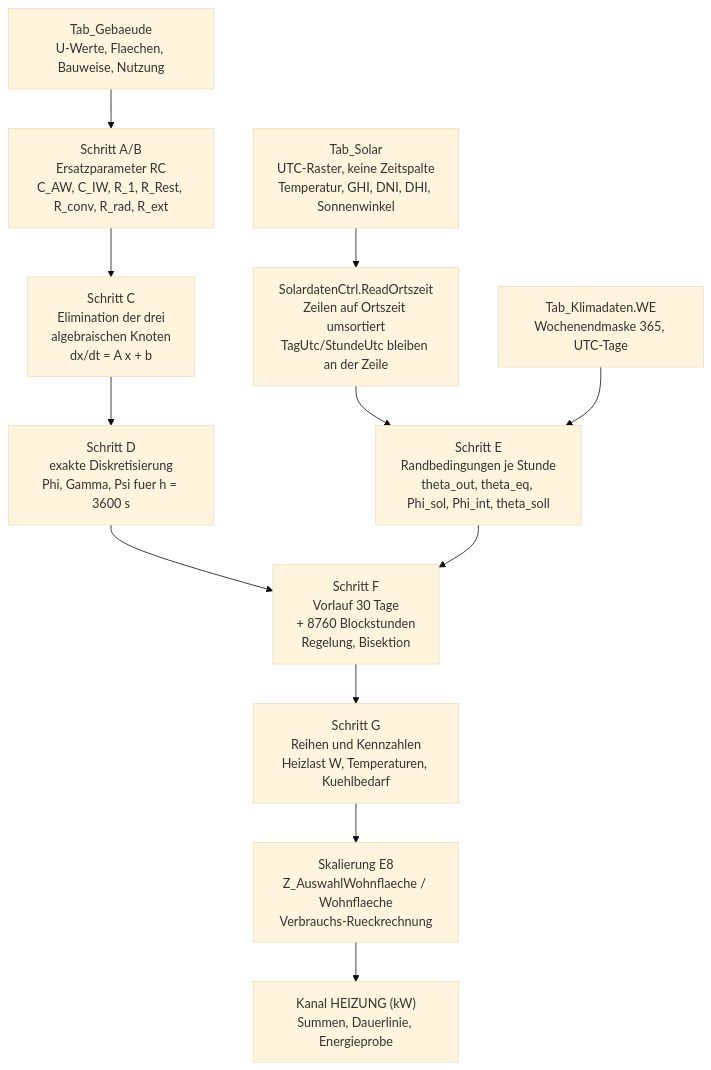
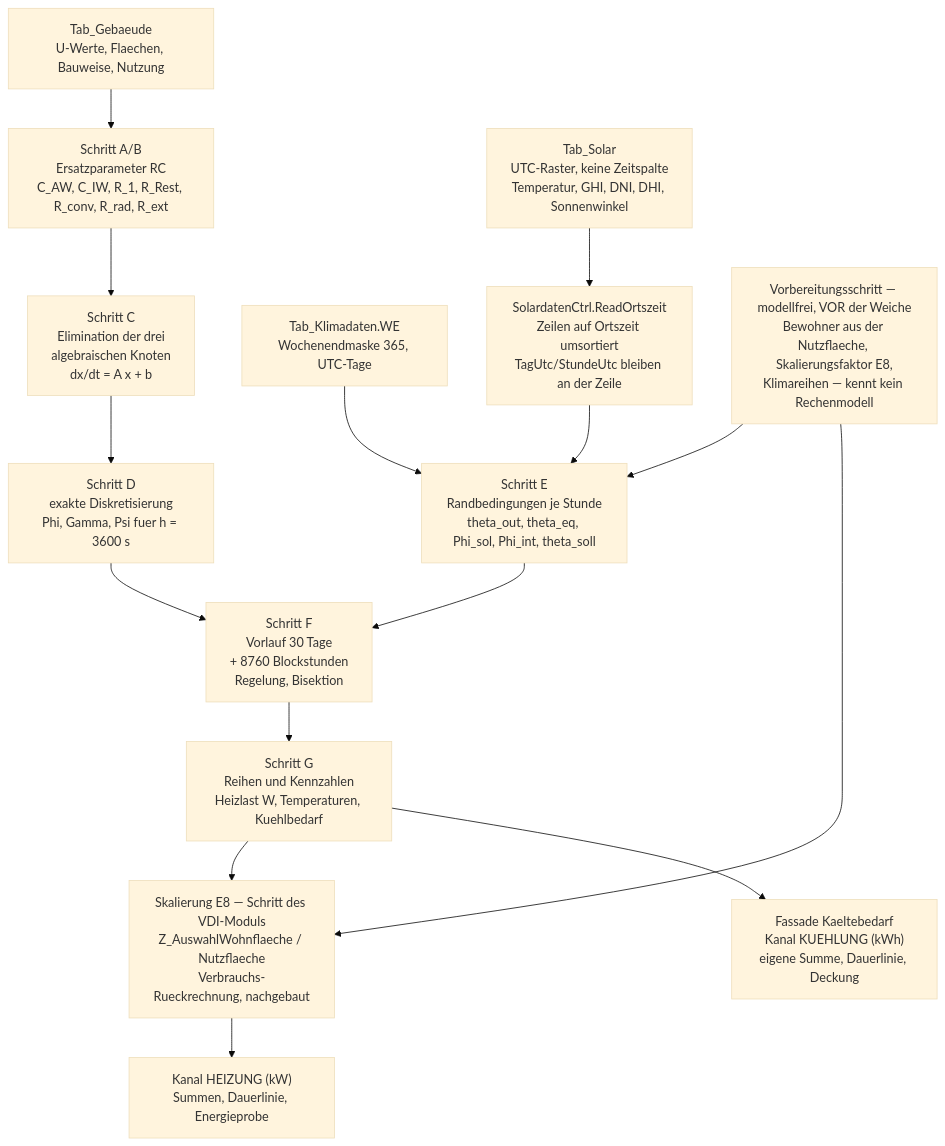
One commit to inekon/EPOS-Plan changed the first of 2 diagrams in Dokumentation/aktuell/Rechenschritte_Gebaeudesimulation_VDI6007_EPOS-Plan.md. Above: the diagram before and after it, drawn with Mermaid (base theme). The commit also changed other lines of this file and 13 other files, not shown here.

````diff
--- a/Dokumentation/aktuell/Rechenschritte_Gebaeudesimulation_VDI6007_EPOS-Plan.md
+++ b/Dokumentation/aktuell/Rechenschritte_Gebaeudesimulation_VDI6007_EPOS-Plan.md
@@ -70,14 +84,17 @@
 ```mermaid
 flowchart TD
     E1["Tab_Gebaeude<br/>U-Werte, Flaechen, Bauweise, Nutzung"] --> A["Schritt A/B<br/>Ersatzparameter RC<br/>C_AW, C_IW, R_1, R_Rest, R_conv, R_rad, R_ext"]
     E2["Tab_Solar<br/>UTC-Raster, keine Zeitspalte<br/>Temperatur, GHI, DNI, DHI, Sonnenwinkel"] --> Z["SolardatenCtrl.ReadOrtszeit<br/>Zeilen auf Ortszeit umsortiert<br/>TagUtc/StundeUtc bleiben an der Zeile"]
     Z --> E["Schritt E<br/>Randbedingungen je Stunde<br/>theta_out, theta_eq, Phi_sol, Phi_int, theta_soll"]
     E3["Tab_Klimadaten.WE<br/>Wochenendmaske 365, UTC-Tage"] --> E
     A --> C["Schritt C<br/>Elimination der drei<br/>algebraischen Knoten<br/>dx/dt = A x + b"]
     C --> D["Schritt D<br/>exakte Diskretisierung<br/>Phi, Gamma, Psi fuer h = 3600 s"]
     D --> F["Schritt F<br/>Vorlauf 30 Tage<br/>+ 8760 Blockstunden<br/>Regelung, Bisektion"]
     E --> F
+    V["Vorbereitungsschritt — modellfrei, VOR der Weiche<br/>Bewohner aus der Nutzflaeche, Skalierungsfaktor E8,<br/>Klimareihen — kennt kein Rechenmodell"] --> E
+    V --> S
     F --> G["Schritt G<br/>Reihen und Kennzahlen<br/>Heizlast W, Temperaturen, Kuehlbedarf"]
-    G --> S["Skalierung E8<br/>Z_AuswahlWohnflaeche / Wohnflaeche<br/>Verbrauchs-Rueckrechnung"]
+    G --> S["Skalierung E8 — Schritt des VDI-Moduls<br/>Z_AuswahlWohnflaeche / Nutzflaeche<br/>Verbrauchs-Rueckrechnung, nachgebaut"]
     S --> K["Kanal HEIZUNG (kW)<br/>Summen, Dauerlinie, Energieprobe"]
+    G --> KK["Fassade Kaeltebedarf<br/>Kanal KUEHLUNG (kWh)<br/>eigene Summe, Dauerlinie, Deckung"]
 ```
````
